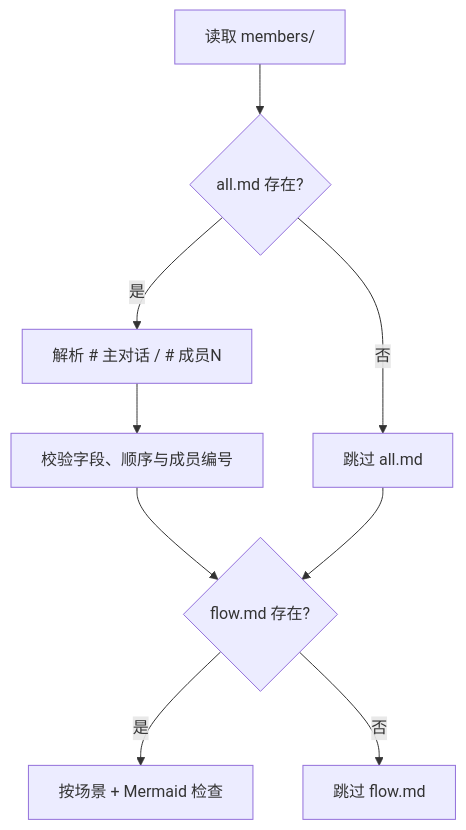
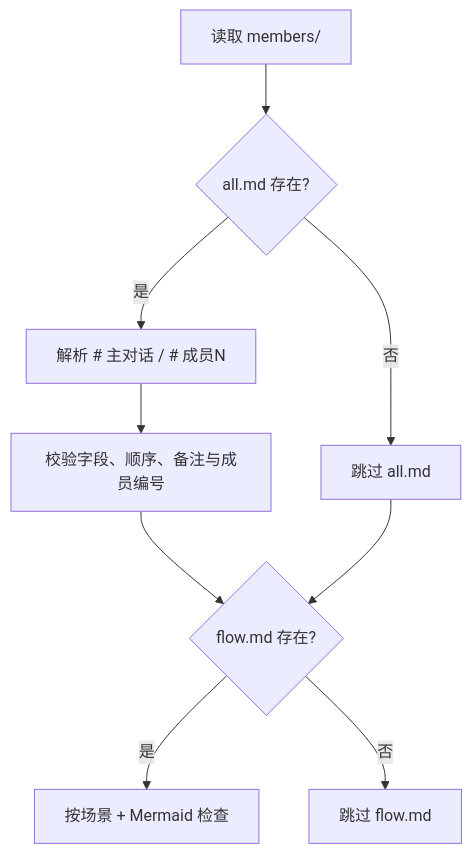
One commit to Cangjier/coder changed the seventh of 14 diagrams in .coder/design/flow.md. Above: the diagram before and after it, drawn with Mermaid. The commit also changed other lines of this file and 10 other files, not shown here.

````diff
--- a/.coder/design/flow.md
+++ b/.coder/design/flow.md
@@ -84,11 +84,11 @@
 ```mermaid
 flowchart TD
   A[读取 members/] --> B{all.md 存在?}
   B -- 是 --> C[解析 # 主对话 / # 成员N]
-  C --> D[校验字段、顺序与成员编号]
+  C --> D[校验字段、顺序、备注与成员编号]
   B -- 否 --> E[跳过 all.md]
   D --> F{flow.md 存在?}
   E --> F
   F -- 是 --> G[按场景 + Mermaid 检查]
   F -- 否 --> H[跳过 flow.md]
 ```
````
